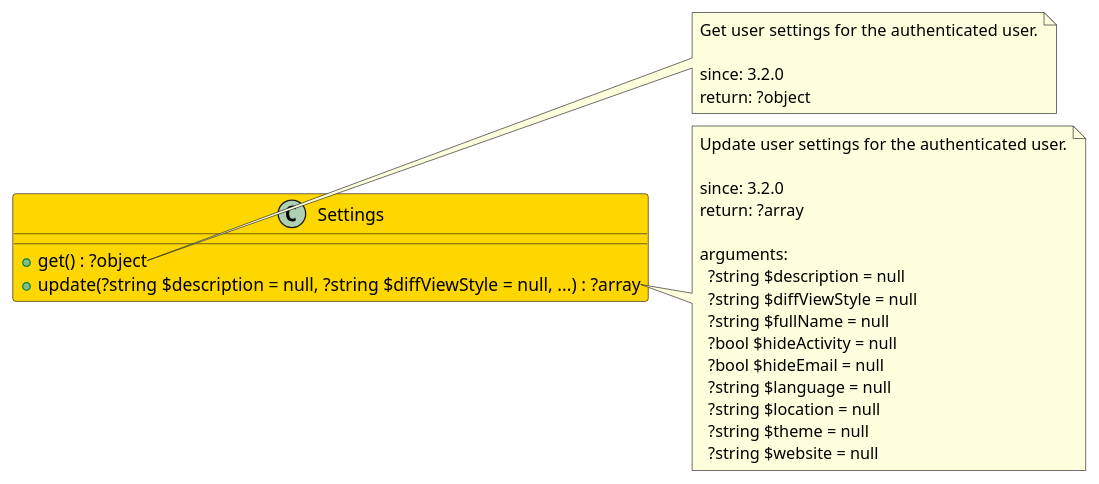
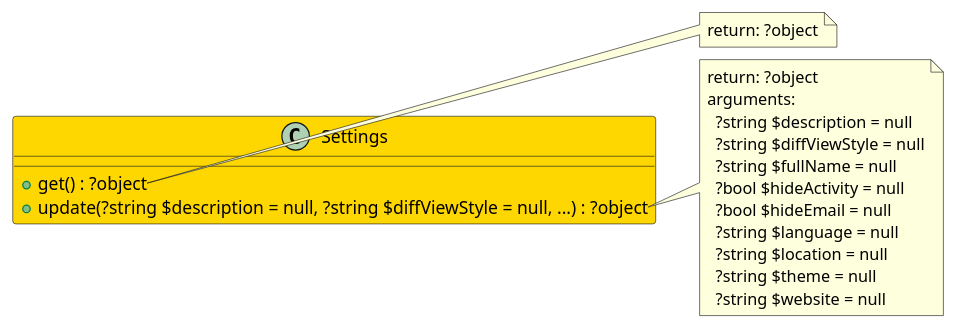
The diagram in src/553b8fc5-46cc-49b7-95ce-992a3c5708f8/README.md (joomengine/gitea), drawn with PlantUML before and after one commit. The commit also changed 370 other files, not shown here.

````diff
--- a/src/553b8fc5-46cc-49b7-95ce-992a3c5708f8/README.md
+++ b/src/553b8fc5-46cc-49b7-95ce-992a3c5708f8/README.md
@@ -6,35 +6,28 @@
 ```uml
 @startuml
 
-class Settings  #Gold {
+class Settings #Gold {
   + get() : ?object
-  + update(?string $description = null, ?string $diffViewStyle = null, ...) : ?array
+  + update(?string $description = null, ?string $diffViewStyle = null, ...) : ?object
 }
 
 note right of Settings::get
-  Get user settings for the authenticated user.
-
-  since: 3.2.0
   return: ?object
 end note
 
 note right of Settings::update
-  Update user settings for the authenticated user.
-
-  since: 3.2.0
-  return: ?array
-  
+  return: ?object
   arguments:
     ?string $description = null
     ?string $diffViewStyle = null
     ?string $fullName = null
     ?bool $hideActivity = null
     ?bool $hideEmail = null
     ?string $language = null
     ?string $location = null
     ?string $theme = null
     ?string $website = null
 end note
 
 @enduml
 ```
````
